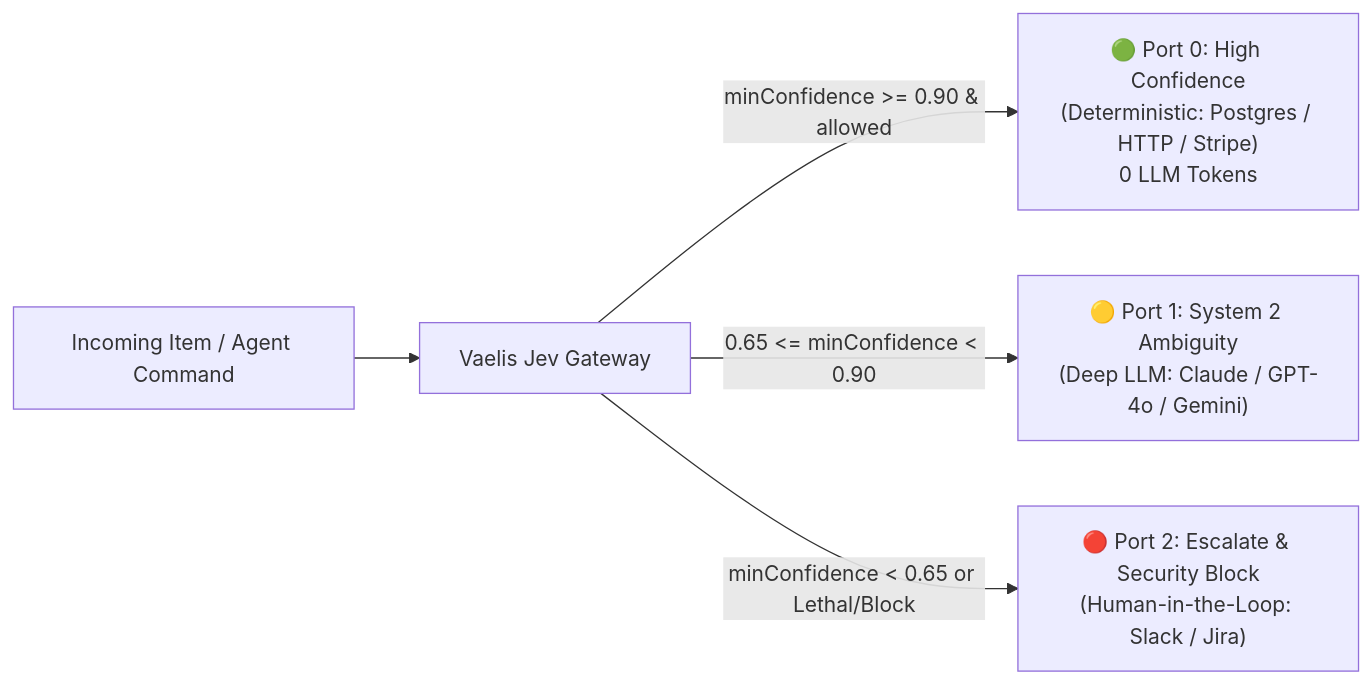
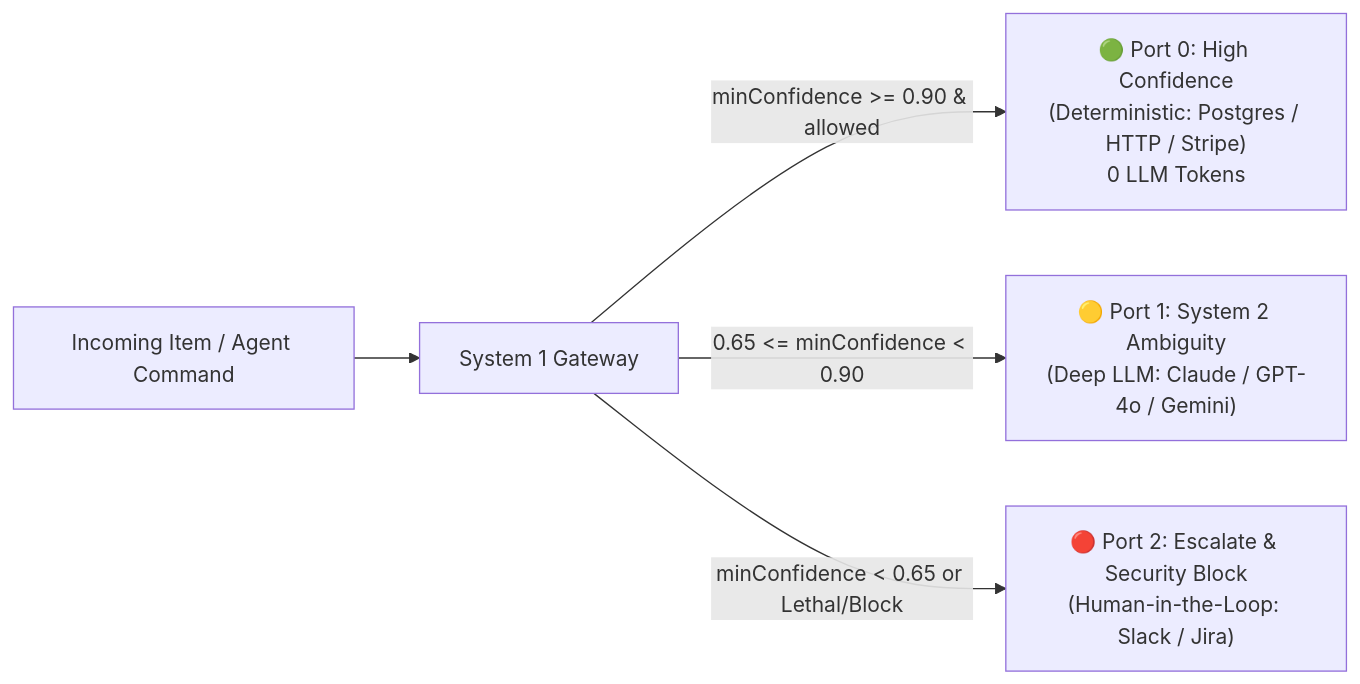
Before and after one commit to CubicMaldo/n8n-nodes-systemone: the diagram in README.md, drawn with Mermaid. The commit also changed other lines of this file and 22 other files, not shown here.

Commit message:
feat: rebrand to n8n-nodes-systemone (System 1 Gateway for TypeSafe Jev)

````diff
--- a/README.md
+++ b/README.md
@@ -46,7 +46,7 @@
 ```mermaid
 flowchart LR
-    A[Incoming Item / Agent Command] --> B[Vaelis Jev Gateway]
+    A[Incoming Item / Agent Command] --> B[System 1 Gateway]
     B -->|minConfidence >= 0.90 & allowed| Port0["🟢 Port 0: High Confidence<br/>(Deterministic: Postgres / HTTP / Stripe)<br/>0 LLM Tokens"]
     B -->|0.65 <= minConfidence < 0.90| Port1["🟡 Port 1: System 2 Ambiguity<br/>(Deep LLM: Claude / GPT-4o / Gemini)"]
     B -->|minConfidence < 0.65 or Lethal/Block| Port2["🔴 Port 2: Escalate & Security Block<br/>(Human-in-the-Loop: Slack / Jira)"]
 ```
````
